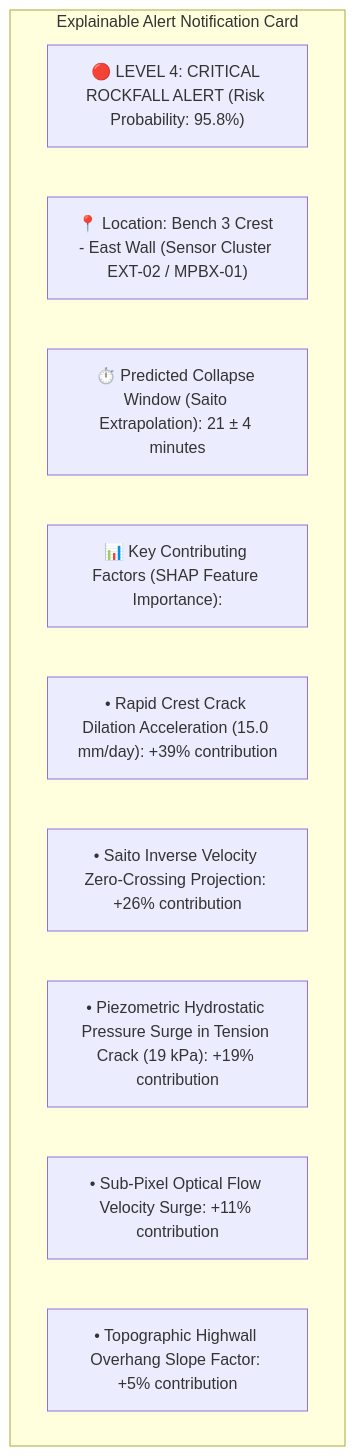
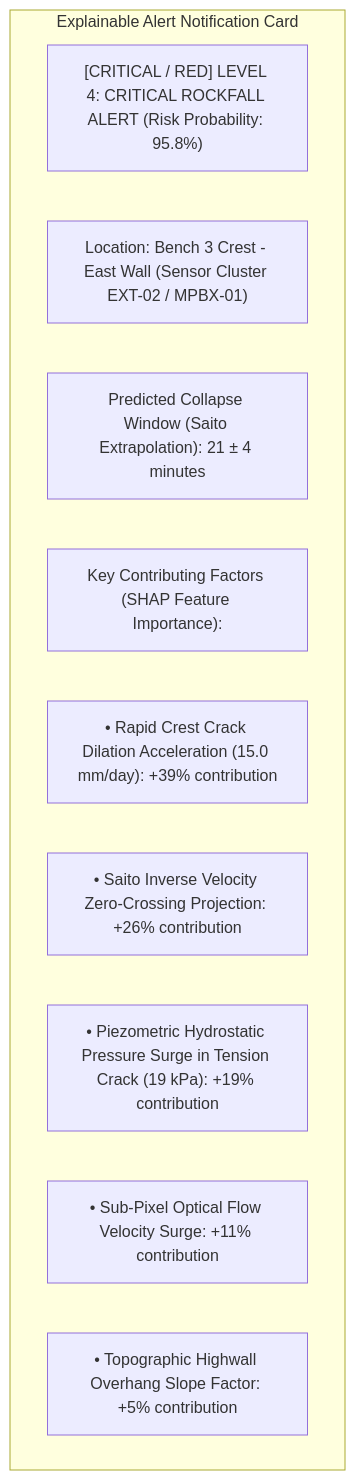
Before and after one commit to angelverman2021-a11y/Report: the ninth of 11 diagrams in docs/10_Extensometers.md, drawn with Mermaid. The commit also changed other lines of this file and 32 other files, not shown here.

````diff
--- a/docs/10_Extensometers.md
+++ b/docs/10_Extensometers.md
@@ -403,14 +403,14 @@
 ```mermaid
 graph TD
-    subgraph Explainable Alert Notification Card
-        A["🔴 LEVEL 4: CRITICAL ROCKFALL ALERT (Risk Probability: 95.8%)"]
-        B["📍 Location: Bench 3 Crest - East Wall (Sensor Cluster EXT-02 / MPBX-01)"]
-        C["⏱️ Predicted Collapse Window (Saito Extrapolation): 21 ± 4 minutes"]
-        D["📊 Key Contributing Factors (SHAP Feature Importance):"]
-        D1["• Rapid Crest Crack Dilation Acceleration (15.0 mm/day): +39% contribution"]
-        D2["• Saito Inverse Velocity Zero-Crossing Projection: +26% contribution"]
-        D3["• Piezometric Hydrostatic Pressure Surge in Tension Crack (19 kPa): +19% contribution"]
-        D4["• Sub-Pixel Optical Flow Velocity Surge: +11% contribution"]
-        D5["• Topographic Highwall Overhang Slope Factor: +5% contribution"]
-    end
+ subgraph Explainable Alert Notification Card
+ A["[CRITICAL / RED] LEVEL 4: CRITICAL ROCKFALL ALERT (Risk Probability: 95.8%)"]
+ B[" Location: Bench 3 Crest - East Wall (Sensor Cluster EXT-02 / MPBX-01)"]
+ C[" Predicted Collapse Window (Saito Extrapolation): 21 ± 4 minutes"]
+ D[" Key Contributing Factors (SHAP Feature Importance):"]
+ D1["• Rapid Crest Crack Dilation Acceleration (15.0 mm/day): +39% contribution"]
+ D2["• Saito Inverse Velocity Zero-Crossing Projection: +26% contribution"]
+ D3["• Piezometric Hydrostatic Pressure Surge in Tension Crack (19 kPa): +19% contribution"]
+ D4["• Sub-Pixel Optical Flow Velocity Surge: +11% contribution"]
+ D5["• Topographic Highwall Overhang Slope Factor: +5% contribution"]
+ end
 ```
````
